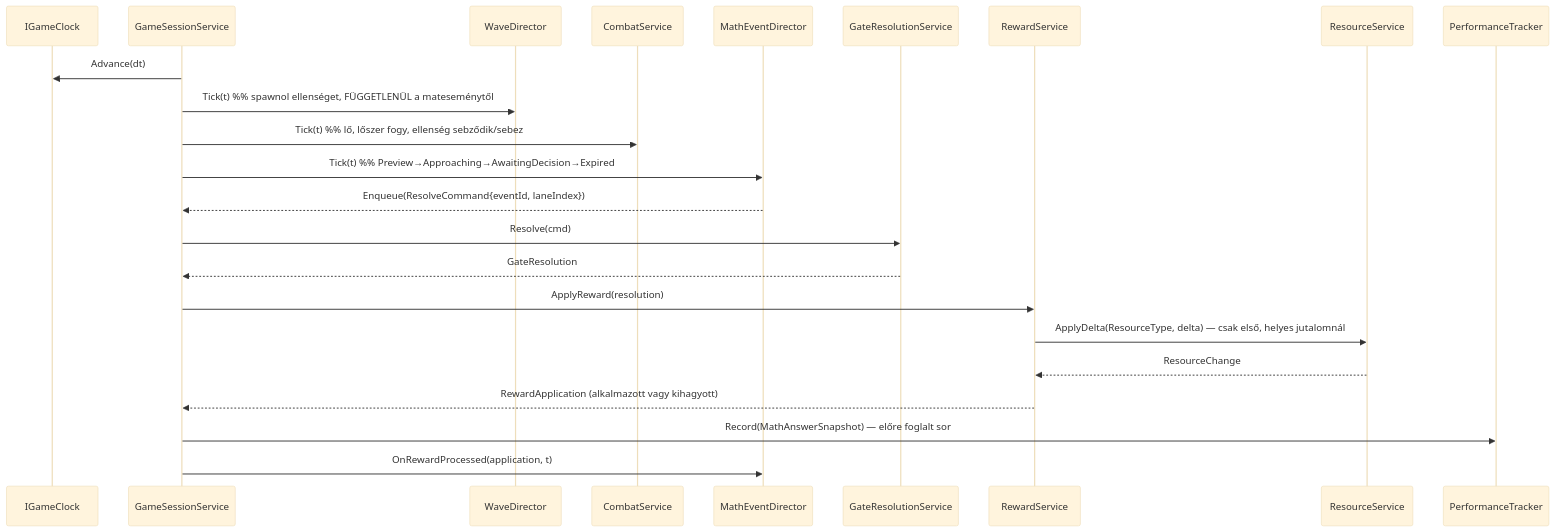
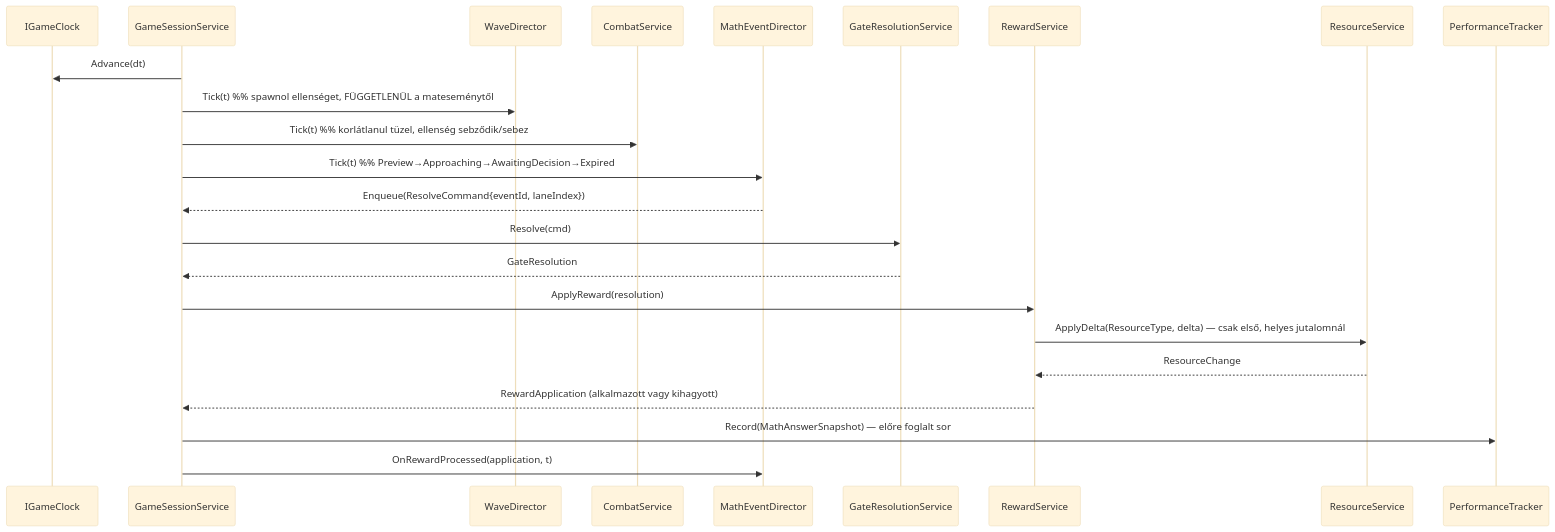
One commit to kmarkodotnet/mathwars changed the fourth of 5 diagrams in docs/ARCHITECTURE.md. Above: the diagram before and after it, drawn with Mermaid (base theme). The commit also changed other lines of this file and 30 other files, not shown here.

````diff
--- a/docs/ARCHITECTURE.md
+++ b/docs/ARCHITECTURE.md
@@ -323,25 +323,25 @@
 ```mermaid
 sequenceDiagram
     participant C as IGameClock
     participant S as GameSessionService
     participant W as WaveDirector
     participant K as CombatService
     participant M as MathEventDirector
     participant G as GateResolutionService
     participant Q as RewardService
     participant R as ResourceService
     participant A as PerformanceTracker
     S->>C: Advance(dt)
     S->>W: Tick(t)  %% spawnol ellenséget, FÜGGETLENÜL a mateseménytől
-    S->>K: Tick(t)  %% lő, lőszer fogy, ellenség sebződik/sebez
+    S->>K: Tick(t)  %% korlátlanul tüzel, ellenség sebződik/sebez
     S->>M: Tick(t)  %% Preview→Approaching→AwaitingDecision→Expired
     M-->>S: Enqueue(ResolveCommand{eventId, laneIndex})
     S->>G: Resolve(cmd)
     G-->>S: GateResolution
     S->>Q: ApplyReward(resolution)
     Q->>R: ApplyDelta(ResourceType, delta) — csak első, helyes jutalomnál
     R-->>Q: ResourceChange
     Q-->>S: RewardApplication (alkalmazott vagy kihagyott)
     S->>A: Record(MathAnswerSnapshot) — előre foglalt sor
     S->>M: OnRewardProcessed(application, t)
 ```
````
